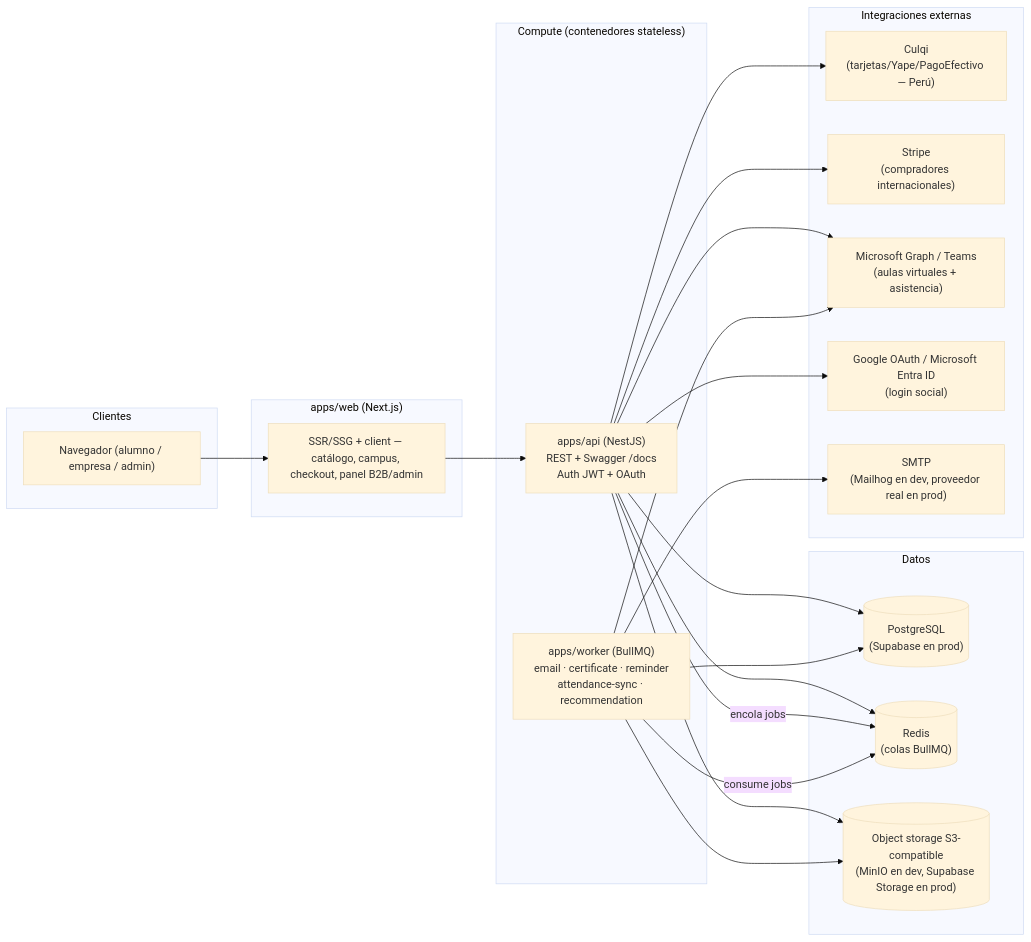
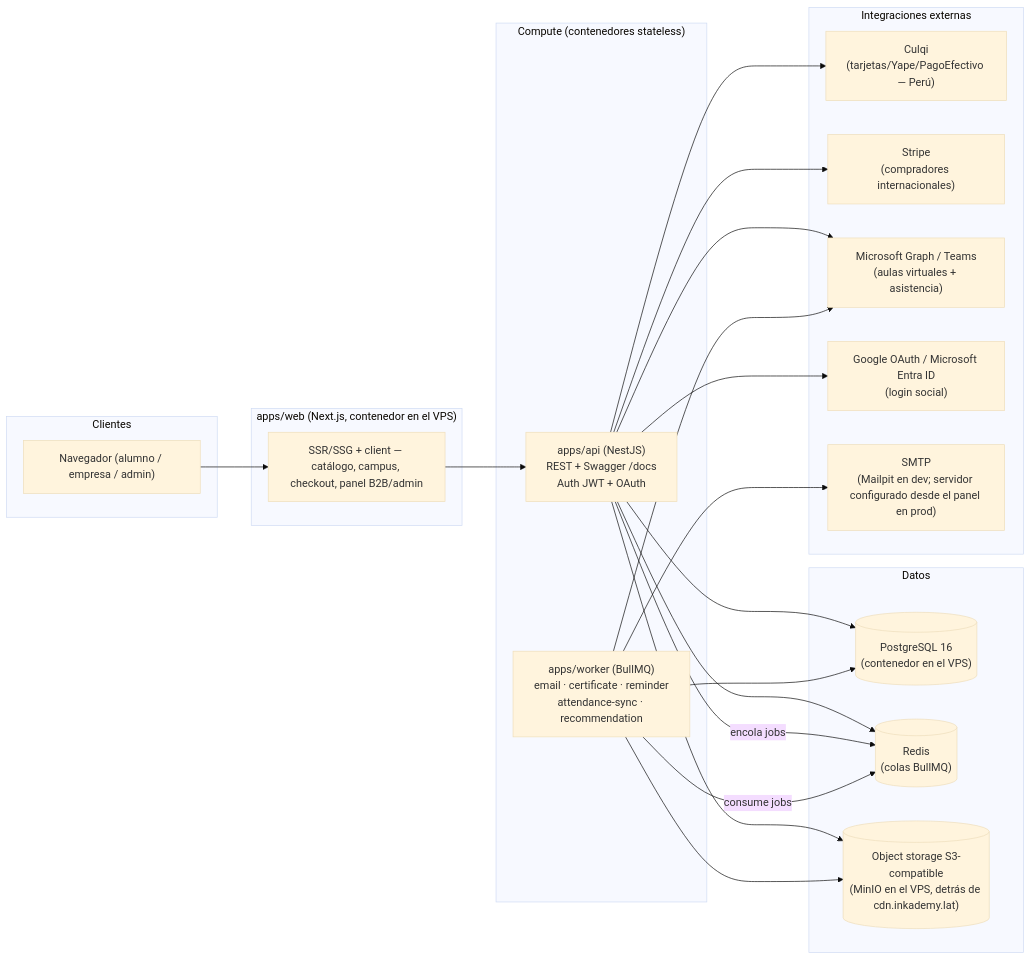
Before and after one commit to corfont/inkademy: the diagram in docs/ARCHITECTURE.md, drawn with Mermaid (base theme). The commit also changed other lines of this file and 1 other file, not shown here.

Commit message:
Documentar el despliegue real (VPS con Docker y Caddy) en lugar del plan Supabase/Render/Vercel que nunca se usó

````diff
--- a/docs/ARCHITECTURE.md
+++ b/docs/ARCHITECTURE.md
@@ -10,45 +10,45 @@
 ```mermaid
 flowchart LR
   subgraph Clientes
     Browser["Navegador (alumno / empresa / admin)"]
   end
 
-  subgraph Vercel_o_similar["apps/web (Next.js)"]
+  subgraph Web_VPS["apps/web (Next.js, contenedor en el VPS)"]
     Web["SSR/SSG + client — catálogo, campus, checkout, panel B2B/admin"]
   end
 
   subgraph Compute["Compute (contenedores stateless)"]
     Api["apps/api (NestJS)\nREST + Swagger /docs\nAuth JWT + OAuth"]
     Worker["apps/worker (BullMQ)\nemail · certificate · reminder\nattendance-sync · recommendation"]
   end
 
   subgraph Datos["Datos"]
-    Postgres[("PostgreSQL\n(Supabase en prod)")]
+    Postgres[("PostgreSQL 16\n(contenedor en el VPS)")]
     Redis[("Redis\n(colas BullMQ)")]
-    S3[("Object storage S3-compatible\n(MinIO en dev, Supabase Storage en prod)")]
+    S3[("Object storage S3-compatible\n(MinIO en el VPS, detrás de cdn.inkademy.lat)")]
   end
 
   subgraph Externos["Integraciones externas"]
     Culqi["Culqi\n(tarjetas/Yape/PagoEfectivo — Perú)"]
     Stripe["Stripe\n(compradores internacionales)"]
     Graph["Microsoft Graph / Teams\n(aulas virtuales + asistencia)"]
     OAuth["Google OAuth / Microsoft Entra ID\n(login social)"]
-    Mail["SMTP\n(Mailhog en dev, proveedor real en prod)"]
+    Mail["SMTP\n(Mailpit en dev; servidor configurado desde el panel en prod)"]
   end
 
   Browser --> Web
   Web --> Api
   Api --> Postgres
   Api --> Redis
   Api --> S3
   Api --> Culqi
   Api --> Stripe
   Api --> Graph
   Api --> OAuth
   Api -- "encola jobs" --> Redis
   Worker -- "consume jobs" --> Redis
   Worker --> Postgres
   Worker --> S3
   Worker --> Mail
   Worker --> Graph
 ```
````
